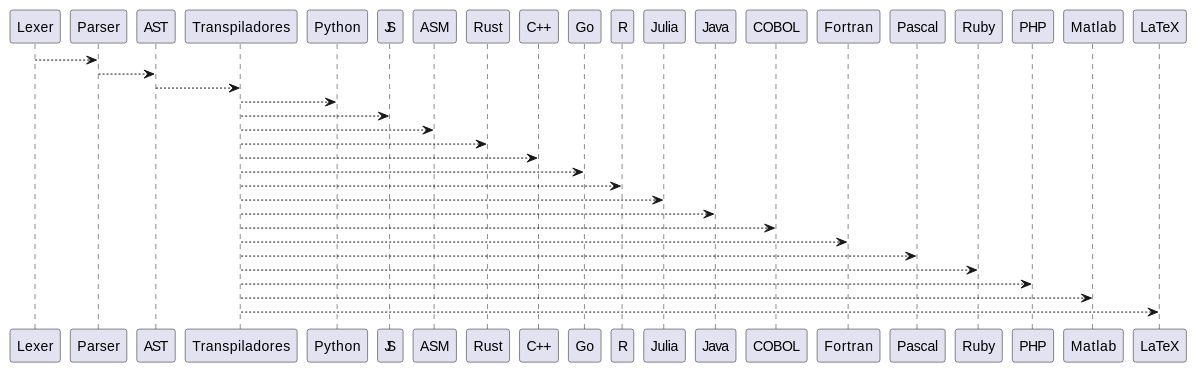
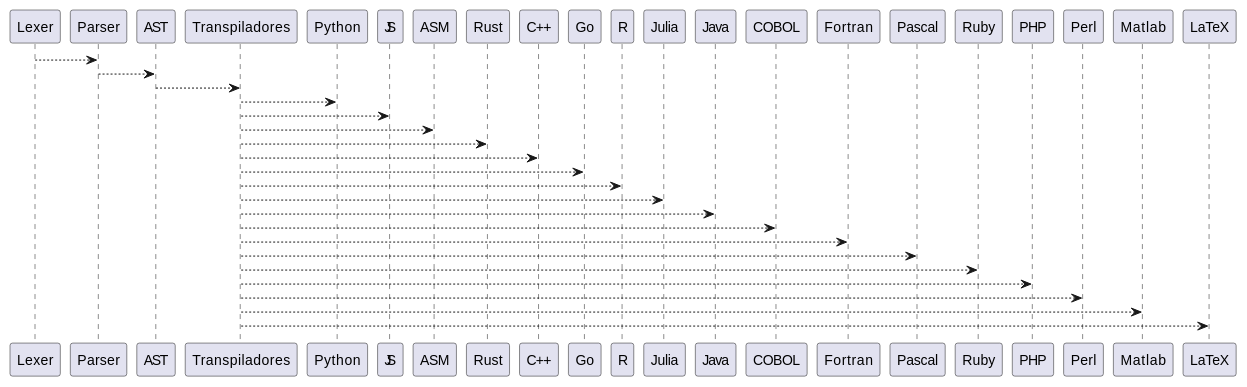
Before and after one commit to Alphonsus411/pCobra: the second of 2 diagrams in docs/estructura_ast.md, drawn with PlantUML. The commit also changed 15 other files, not shown here.

````diff
--- a/docs/estructura_ast.md
+++ b/docs/estructura_ast.md
@@ -57,23 +57,24 @@
 ```{uml}
 @startuml
 Lexer --> Parser
 Parser --> AST
 AST --> Transpiladores
 Transpiladores --> Python
 Transpiladores --> JS
 Transpiladores --> ASM
 Transpiladores --> Rust
 Transpiladores --> "C++"
 Transpiladores --> Go
 Transpiladores --> R
 Transpiladores --> Julia
 Transpiladores --> Java
 Transpiladores --> COBOL
 Transpiladores --> Fortran
 Transpiladores --> Pascal
 Transpiladores --> Ruby
 Transpiladores --> PHP
+Transpiladores --> Perl
 Transpiladores --> Matlab
 Transpiladores --> LaTeX
 @enduml
 ```
````
